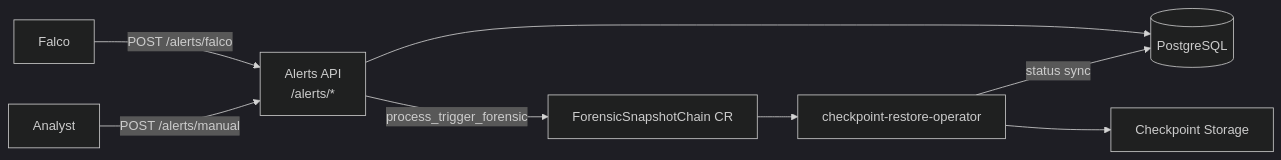
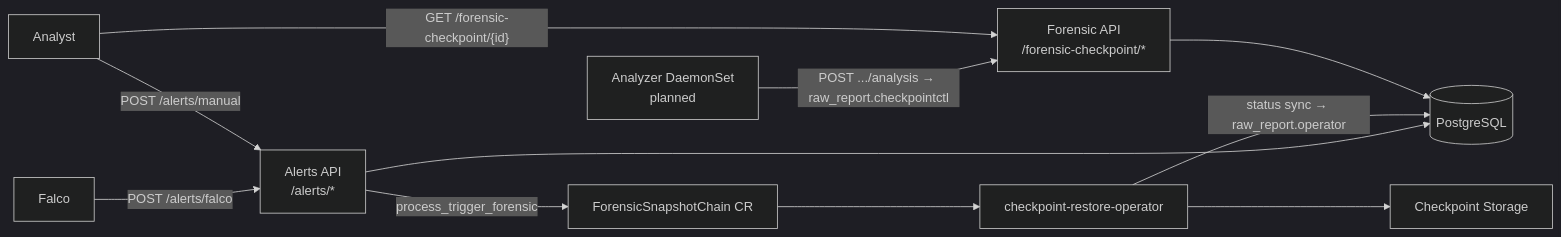
Before and after one commit to euphoricair7/Medusa: the diagram in docs/architecture/overview.md, drawn with Mermaid (dark theme). The commit also changed other lines of this file and 6 other files, not shown here.

Commit message:
docs(api): Updated docs with for the new endpoitn updates to be used by checkpointctl analyzer in future

````diff
--- a/docs/architecture/overview.md
+++ b/docs/architecture/overview.md
@@ -7,18 +7,23 @@
 ```mermaid
 flowchart LR
     Falco["Falco"]
     Analyst["Analyst"]
     AlertsAPI["Alerts API<br/>/alerts/*"]
+    ForensicAPI["Forensic API<br/>/forensic-checkpoint/*"]
     PostgreSQL[("PostgreSQL")]
     K8sCR["ForensicSnapshotChain CR"]
     Operator["checkpoint-restore-operator"]
     Storage["Checkpoint Storage"]
+    Analyzer["Analyzer DaemonSet<br/>planned"]
 
     Falco -->|"POST /alerts/falco"| AlertsAPI
     Analyst -->|"POST /alerts/manual"| AlertsAPI
     AlertsAPI --> PostgreSQL
     AlertsAPI -->|"process_trigger_forensic"| K8sCR
     K8sCR --> Operator
     Operator --> Storage
-    Operator -->|"status sync"| PostgreSQL
+    Operator -->|"status sync → raw_report.operator"| PostgreSQL
+    Analyzer -->|"POST .../analysis → raw_report.checkpointctl"| ForensicAPI
+    ForensicAPI --> PostgreSQL
+    Analyst -->|"GET /forensic-checkpoint/{id}"| ForensicAPI
 ```
````
